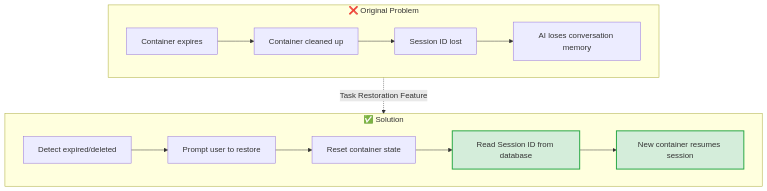
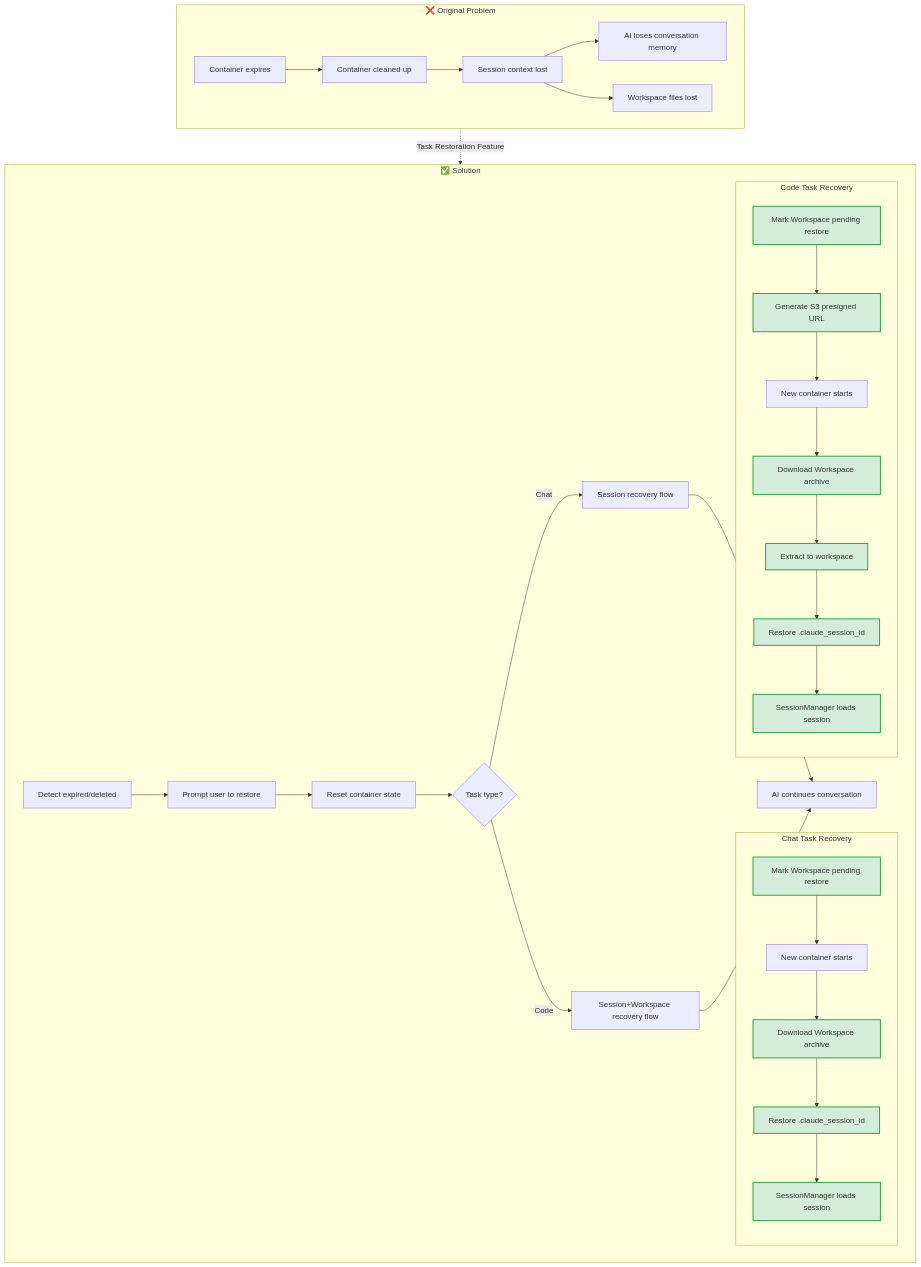
One commit to wecode-ai/Wegent changed the first of 9 diagrams in docs/en/features/task-restore.md. Above: the diagram before and after it, drawn with Mermaid. The commit also changed other lines of this file and 6 other files, not shown here.

````diff
--- a/docs/en/features/task-restore.md
+++ b/docs/en/features/task-restore.md
@@ -23,19 +27,42 @@
 ```mermaid
 flowchart TB
     subgraph Problem["❌ Original Problem"]
         A[Container expires] --> B[Container cleaned up]
-        B --> C[Session ID lost]
+        B --> C[Session context lost]
         C --> D[AI loses conversation memory]
+        C --> E[Workspace files lost]
     end
 
     subgraph Solution["✅ Solution"]
-        E[Detect expired/deleted] --> F[Prompt user to restore]
-        F --> G[Reset container state]
-        G --> H[Read Session ID from database]:::new
-        H --> I[New container resumes session]:::new
+        F[Detect expired/deleted] --> G[Prompt user to restore]
+        G --> H[Reset container state]
+        H --> I{Task type?}
+        I -->|Chat| J[Session recovery flow]
+        I -->|Code| K[Session+Workspace recovery flow]
+
+        subgraph ChatRecovery["Chat Task Recovery"]
+            J1[Mark Workspace pending restore]:::new
+            J1 --> J2[New container starts]
+            J2 --> J3[Download Workspace archive]:::new
+            J3 --> J4[Restore .claude_session_id]:::new
+            J4 --> J5[SessionManager loads session]:::new
+        end
+
+        subgraph CodeRecovery["Code Task Recovery"]
+            K1[Mark Workspace pending restore]:::new
+            K1 --> K2[Generate S3 presigned URL]:::new
+            K2 --> K3[New container starts]
+            K3 --> K4[Download Workspace archive]:::new
+            K4 --> K5[Extract to workspace]:::new
+            K5 --> K6[Restore .claude_session_id]:::new
+            K6 --> K7[SessionManager loads session]:::new
+        end
+
+        J --> L[AI continues conversation]
+        K --> L
     end
 
     Problem -.->|Task Restoration Feature| Solution
 
     classDef new fill:#d4edda,stroke:#28a745,stroke-width:2px
 ```
````
